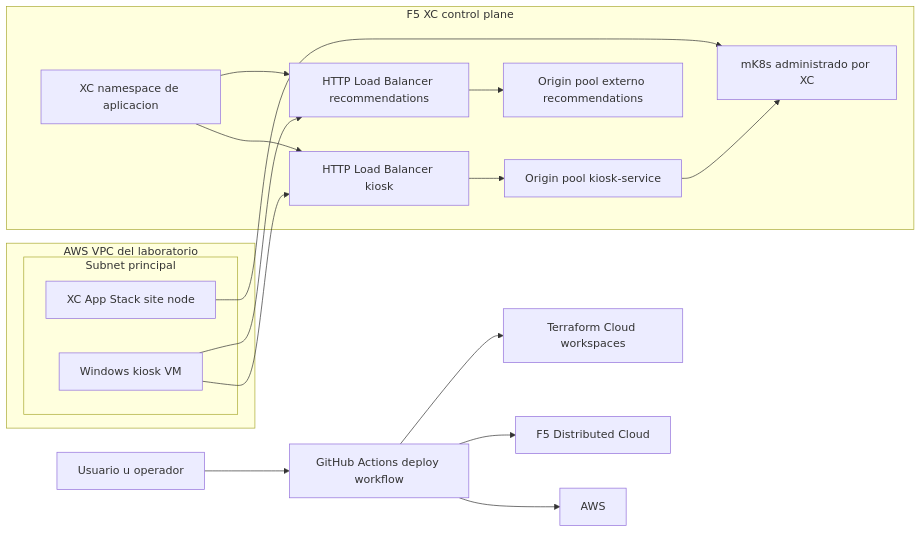
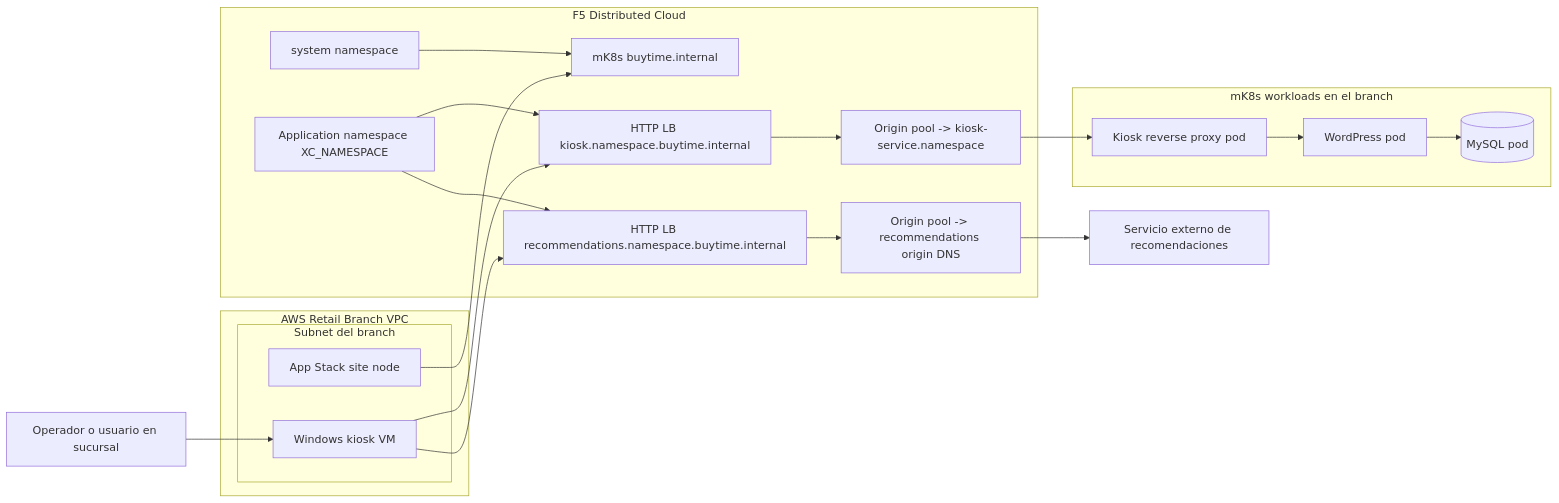
The third of 14 diagrams in descripcion.md (ocpdata/xcawsedgedemoguide), drawn with Mermaid before and after one commit. The commit also changed other lines of this file, not shown here.

Commit message:
Refine deploy architecture topology

````diff
--- a/descripcion.md
+++ b/descripcion.md
@@ -75,32 +106,42 @@
 ```mermaid
 flowchart LR
-    U[Usuario u operador] --> GHA[GitHub Actions deploy workflow]
-    GHA --> TFC[Terraform Cloud workspaces]
-    GHA --> XC[F5 Distributed Cloud]
-    GHA --> AWS[AWS]
+    Shopper[Operador o usuario en sucursal] --> KioskVM[Windows kiosk VM]
 
-    subgraph AWSVPC[AWS VPC del laboratorio]
-        subgraph SUBNET[Subnet principal]
-            APP[XC App Stack site node]
-            VM[Windows kiosk VM]
+    subgraph AWS[AWS Retail Branch VPC]
+        subgraph BranchSubnet[Subnet del branch]
+            AppStackNode[App Stack site node]
+            KioskVM
         end
     end
 
-    subgraph XCCONTROL[F5 XC control plane]
-        NS[XC namespace de aplicacion]
-        MK8S[mK8s administrado por XC]
-        LB1[HTTP Load Balancer kiosk]
-        LB2[HTTP Load Balancer recommendations]
-        OP1[Origin pool kiosk-service]
-        OP2[Origin pool externo recommendations]
+    subgraph XC[F5 Distributed Cloud]
+        SystemNS[system namespace]
+        AppNS[Application namespace XC_NAMESPACE]
+        MK8S[mK8s buytime.internal]
+        KioskLB[HTTP LB kiosk.namespace.buytime.internal]
+        RecLB[HTTP LB recommendations.namespace.buytime.internal]
+        KioskPool[Origin pool -> kiosk-service.namespace]
+        RecPool[Origin pool -> recommendations origin DNS]
     end
 
-    APP --> MK8S
-    NS --> LB1
-    NS --> LB2
-    LB1 --> OP1
-    LB2 --> OP2
-    OP1 --> MK8S
-    VM --> LB1
-    VM --> LB2
+    subgraph MKSCOPE[mK8s workloads en el branch]
+        MySQL[(MySQL pod)]
+        WordPress[WordPress pod]
+        KioskProxy[Kiosk reverse proxy pod]
+    end
+
+    ExternalRec[Servicio externo de recomendaciones]
+
+    SystemNS --> MK8S
+    AppStackNode --> MK8S
+    AppNS --> KioskLB
+    AppNS --> RecLB
+    KioskLB --> KioskPool
+    RecLB --> RecPool
+    KioskPool --> KioskProxy
+    KioskProxy --> WordPress
+    WordPress --> MySQL
+    RecPool --> ExternalRec
+    KioskVM --> KioskLB
+    KioskVM --> RecLB
 ```
````
